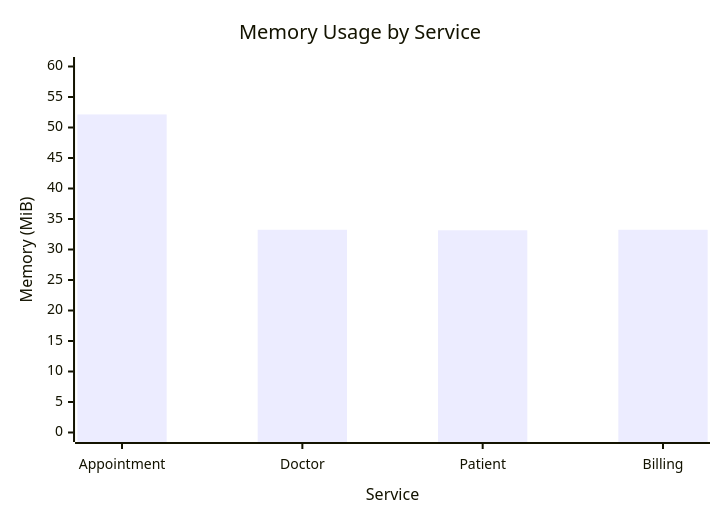
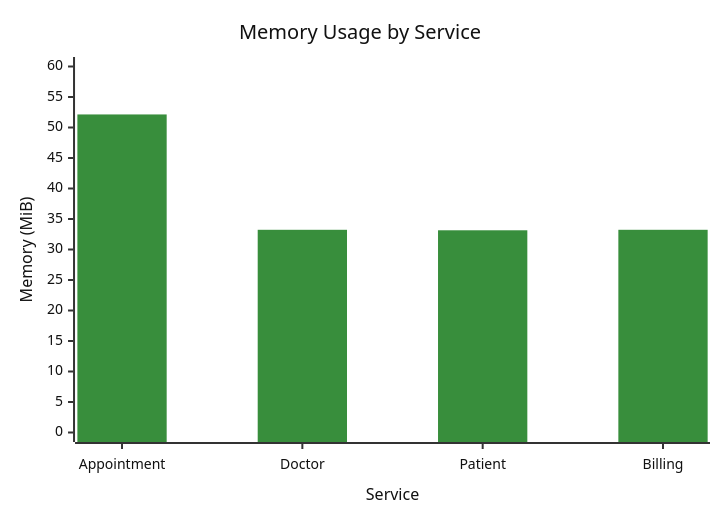
One commit to chaitanya-m5/CC-hospital-microservices changed the fourth of 4 diagrams in README.md. Above: the diagram before and after it, drawn with Mermaid. The commit also changed other lines of this file, not shown here.

First line of the commit message:
Refactor README with updated charts and table format

````diff
--- a/README.md
+++ b/README.md
@@ -219,9 +249,24 @@
 ```mermaid
-%%{init: {'theme':'default', 'themeVariables': {'primaryColor':'#00C853', 'primaryTextColor':'#000000', 'primaryBorderColor':'#00C853', 'textColor':'#000000'}}}%%
-
+---
+config:
+  theme: base
+  themeVariables:
+    xyChart:
+      backgroundColor: "#FFFFFF"
+      titleColor: "#111111"
+      xAxisLabelColor: "#111111"
+      xAxisTitleColor: "#111111"
+      xAxisTickColor: "#333333"
+      xAxisLineColor: "#333333"
+      yAxisLabelColor: "#111111"
+      yAxisTitleColor: "#111111"
+      yAxisTickColor: "#333333"
+      yAxisLineColor: "#333333"
+      plotColorPalette: "#388E3C"
+---
 xychart-beta
     title "Memory Usage by Service"
     x-axis "Service" [Appointment, Doctor, Patient, Billing]
     y-axis "Memory (MiB)" 0 --> 60
     bar [52.14, 33.23, 33.15, 33.23]
 ```
````
